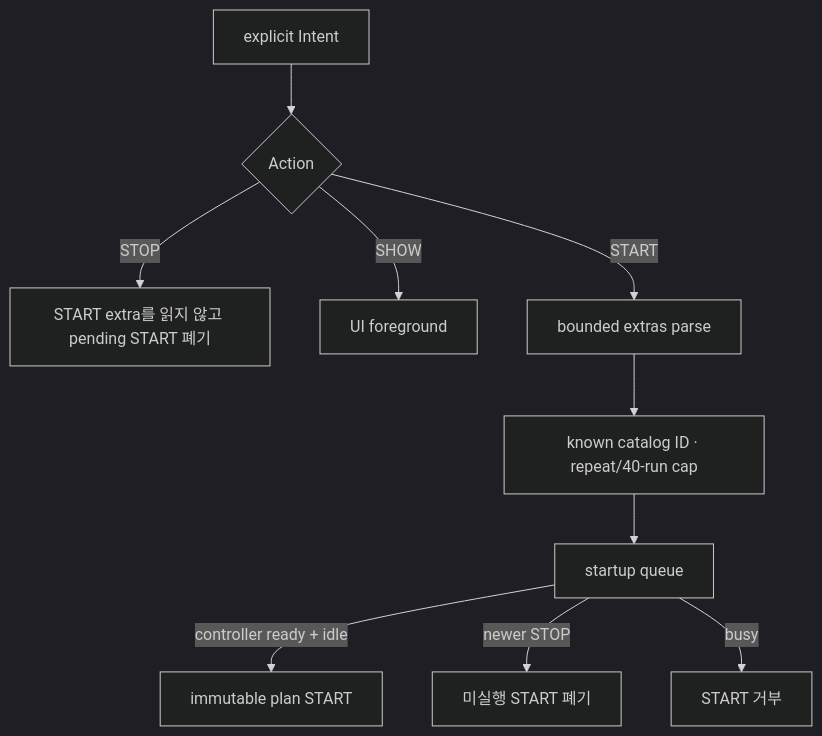
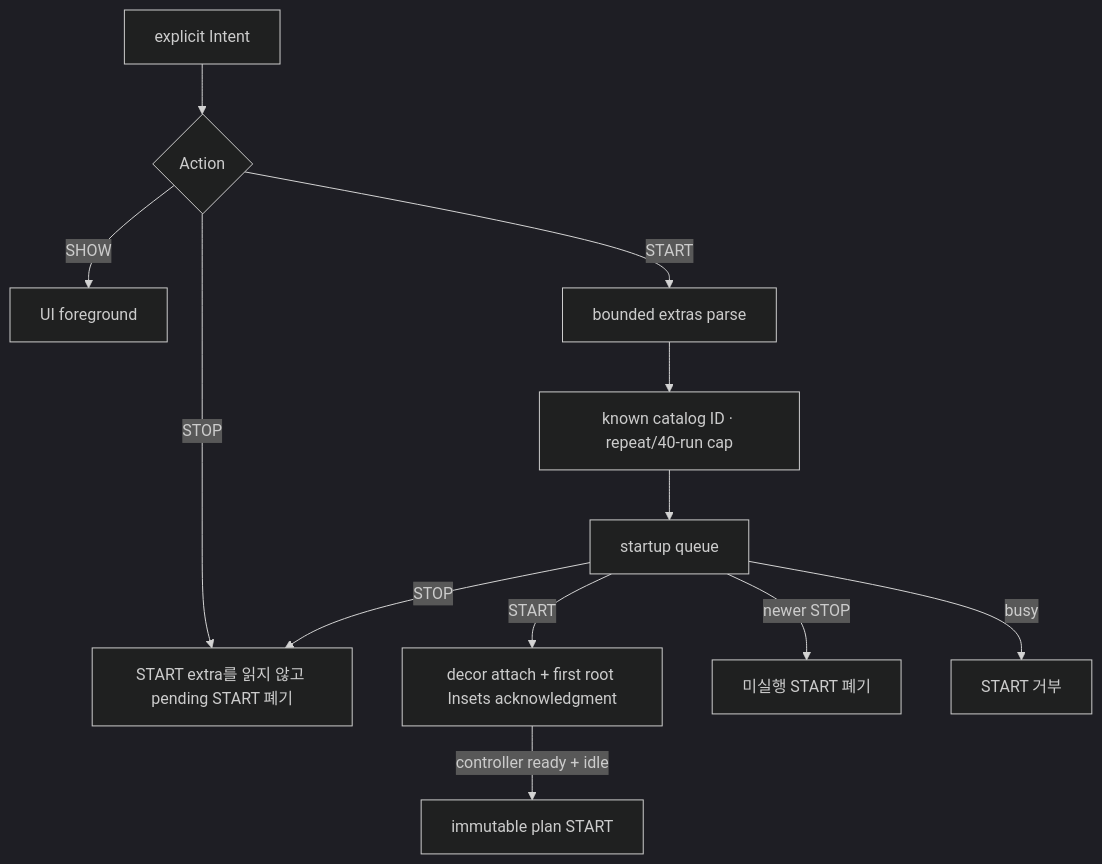
One commit to sinpie/dpu-layer-lab changed the diagram in docs/AUTOMATION.md. Above: the diagram before and after it, drawn with Mermaid (dark theme). The commit also changed other lines of this file and 58 other files, not shown here.

````diff
--- a/docs/AUTOMATION.md
+++ b/docs/AUTOMATION.md
@@ -54,12 +54,14 @@
 ```mermaid
 flowchart TD
     I["explicit Intent"] --> A{"Action"}
     A -->|STOP| S["START extra를 읽지 않고 pending START 폐기"]
     A -->|SHOW| U["UI foreground"]
     A -->|START| P["bounded extras parse"]
     P --> V["known catalog ID · repeat/40-run cap"]
     V --> Q["startup queue"]
-    Q -->|controller ready + idle| R["immutable plan START"]
+    Q -->|START| W["decor attach + first root Insets acknowledgment"]
+    W -->|controller ready + idle| R["immutable plan START"]
+    Q -->|STOP| S
     Q -->|newer STOP| X["미실행 START 폐기"]
     Q -->|busy| J["START 거부"]
 ```
````
